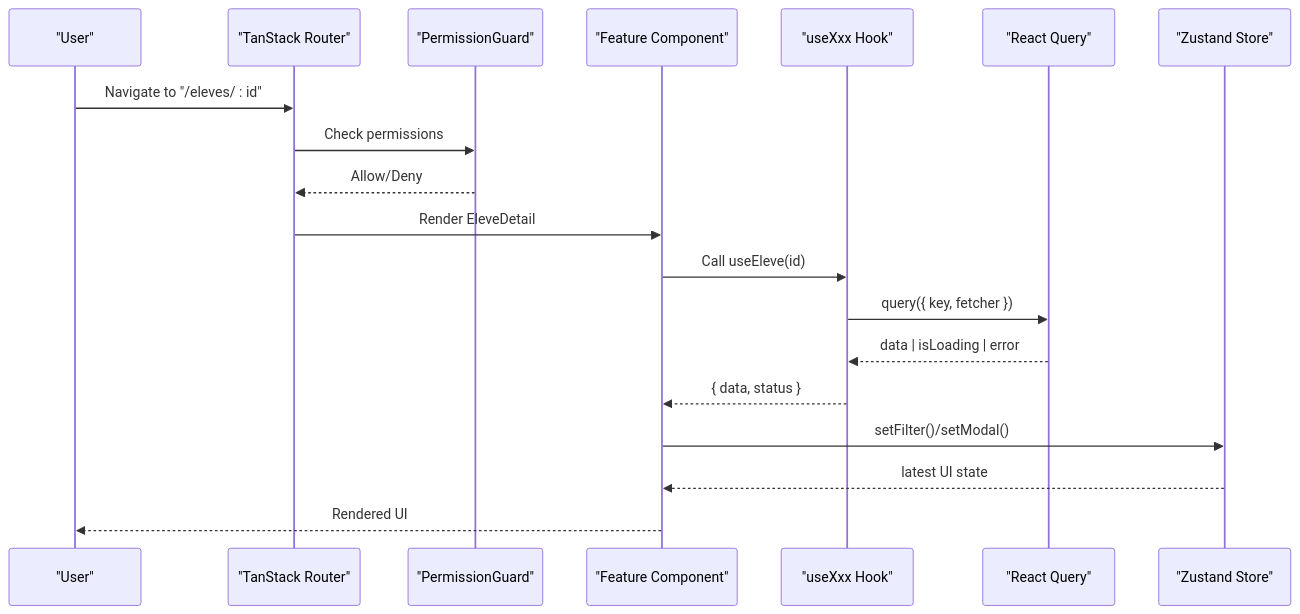
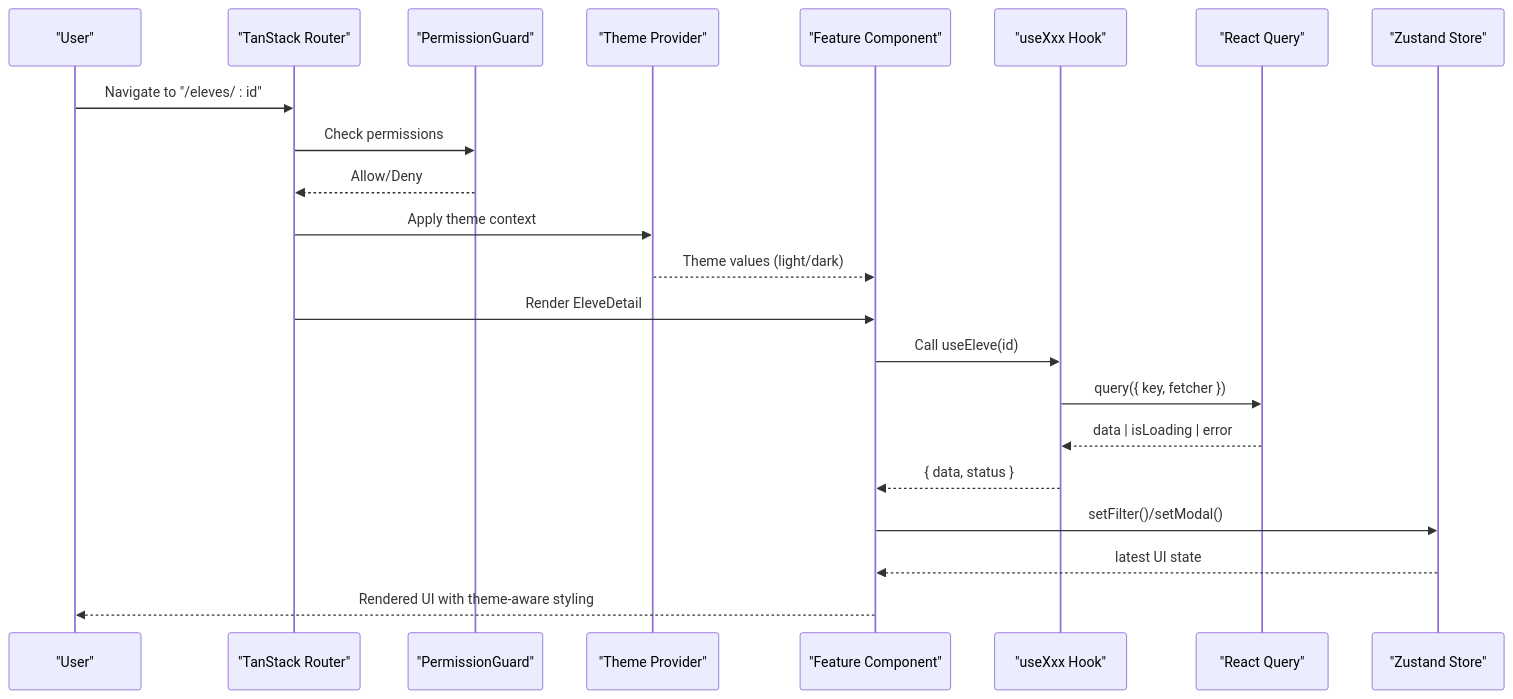
The second of 8 diagrams in .qoder/repowiki/en/content/System Architecture/Frontend Architecture/Component Architecture/Feature-Specific Components.md (franckylab/eLISAschool), drawn with Mermaid before and after one commit. The commit also changed other lines of this file and 79 other files, not shown here.

````diff
--- a/.qoder/repowiki/en/content/System Architecture/Frontend Architecture/Component Architecture/Feature-Specific Components.md
+++ b/.qoder/repowiki/en/content/System Architecture/Frontend Architecture/Component Architecture/Feature-Specific Components.md
@@ -135,21 +150,24 @@
 ```mermaid
 sequenceDiagram
 participant User as "User"
 participant Router as "TanStack Router"
 participant Guard as "PermissionGuard"
+participant Theme as "Theme Provider"
 participant Comp as "Feature Component"
 participant Hook as "useXxx Hook"
 participant Q as "React Query"
 participant Store as "Zustand Store"
 User->>Router : Navigate to "/eleves/ : id"
 Router->>Guard : Check permissions
 Guard-->>Router : Allow/Deny
+Router->>Theme : Apply theme context
+Theme-->>Comp : Theme values (light/dark)
 Router->>Comp : Render EleveDetail
 Comp->>Hook : Call useEleve(id)
 Hook->>Q : query({ key, fetcher })
 Q-->>Hook : data | isLoading | error
 Hook-->>Comp : { data, status }
 Comp->>Store : setFilter()/setModal()
 Store-->>Comp : latest UI state
-Comp-->>User : Rendered UI
+Comp-->>User : Rendered UI with theme-aware styling
 ```
````
